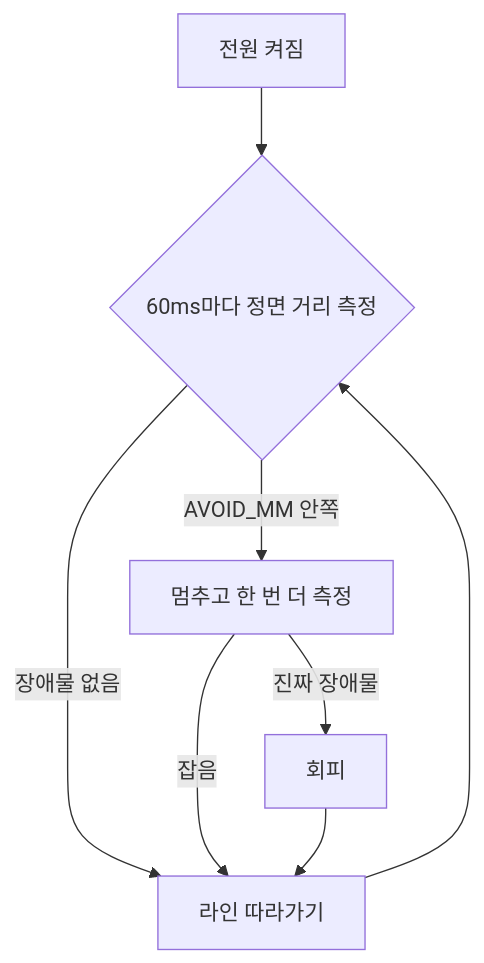
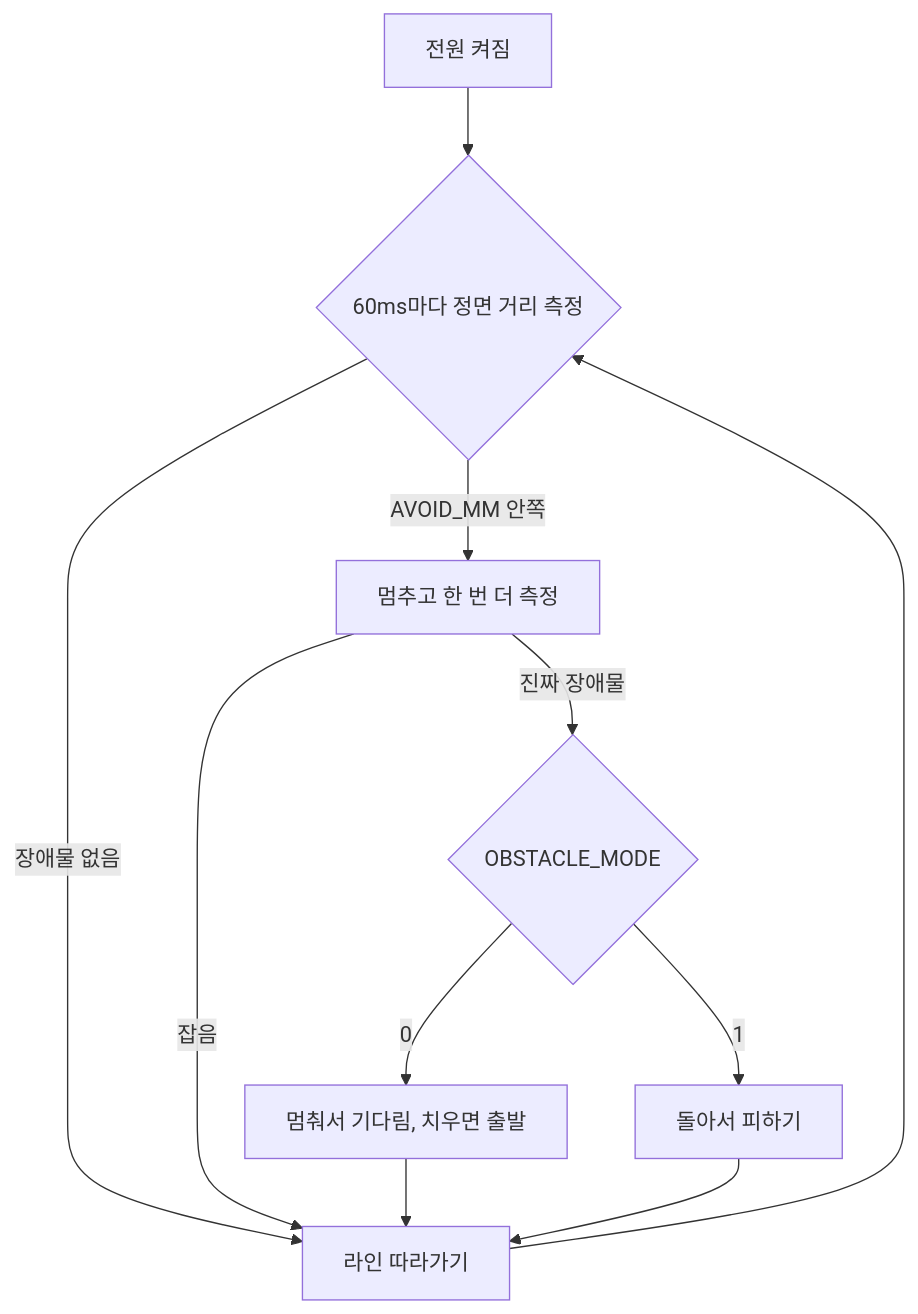
One commit to CHOESEUNGJUN/4wd-rc-car-line-tracer changed the first of 2 diagrams in README.md. Above: the diagram before and after it, drawn with Mermaid. The commit also changed other lines of this file and 4 other files, not shown here.

First line of the commit message:
[테스트 전] 장애물을 만나면 멈췄다가 치우면 다시 출발 (기본), 돌아서 피하기는 OBSTACLE_MODE 1 로 선택

````diff
--- a/README.md
+++ b/README.md
@@ -42,10 +42,13 @@
 ```mermaid
 flowchart TD
     A[전원 켜짐] --> B{60ms마다 정면 거리 측정}
     B -- 장애물 없음 --> C[라인 따라가기]
     C --> B
     B -- AVOID_MM 안쪽 --> D[멈추고 한 번 더 측정]
     D -- 잡음 --> C
-    D -- 진짜 장애물 --> E[회피]
-    E --> C
+    D -- 진짜 장애물 --> E{OBSTACLE_MODE}
+    E -- 0 --> W[멈춰서 기다림, 치우면 출발]
+    E -- 1 --> V[돌아서 피하기]
+    W --> C
+    V --> C
 ```
````
